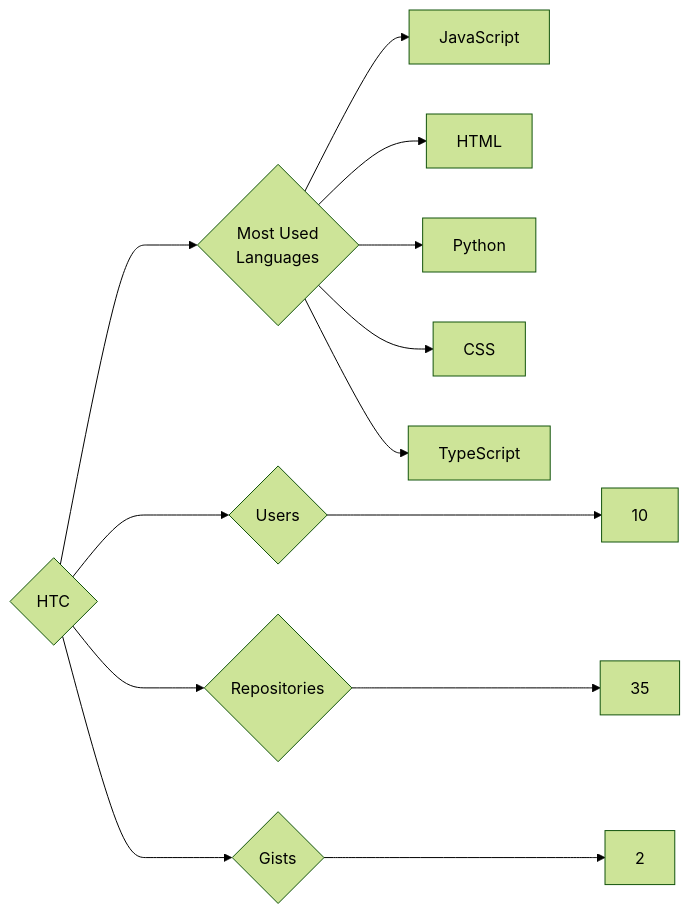
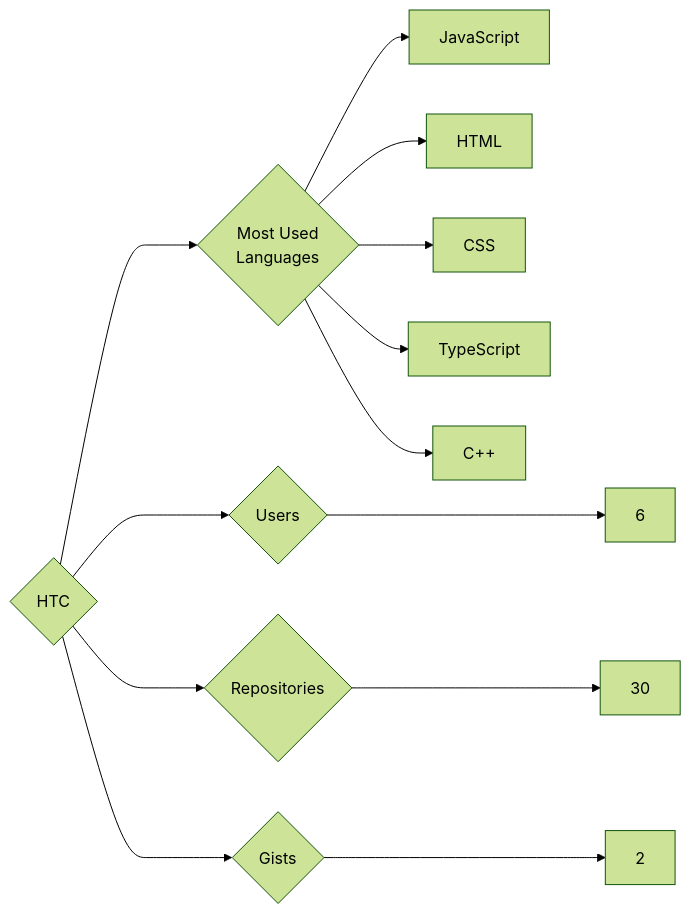
Before and after one commit to trickest/insiders: the diagram in targets/HTC/README.md, drawn with Mermaid (forest theme). The commit also changed 1148 other files, not shown here.

````diff
--- a/targets/HTC/README.md
+++ b/targets/HTC/README.md
@@ -3,13 +3,13 @@
 ```mermaid
 graph LR
 COMPANY_NAME{HTC}
-COMPANY_NAME ---> U{Users} ---> UN[10]
-COMPANY_NAME ---> R{Repositories} ---> RN[35]
+COMPANY_NAME ---> U{Users} ---> UN[6]
+COMPANY_NAME ---> R{Repositories} ---> RN[30]
 COMPANY_NAME ---> G{Gists} ---> GN[2]
 COMPANY_NAME ---> ML{Most Used<br>Languages}
 ML --> JavaScript[JavaScript]
 ML --> HTML[HTML]
-ML --> Python[Python]
 ML --> CSS[CSS]
 ML --> TypeScript[TypeScript]
+ML --> C++[C++]
 ```
````
